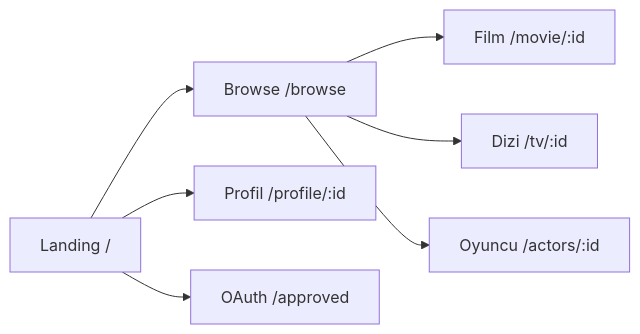
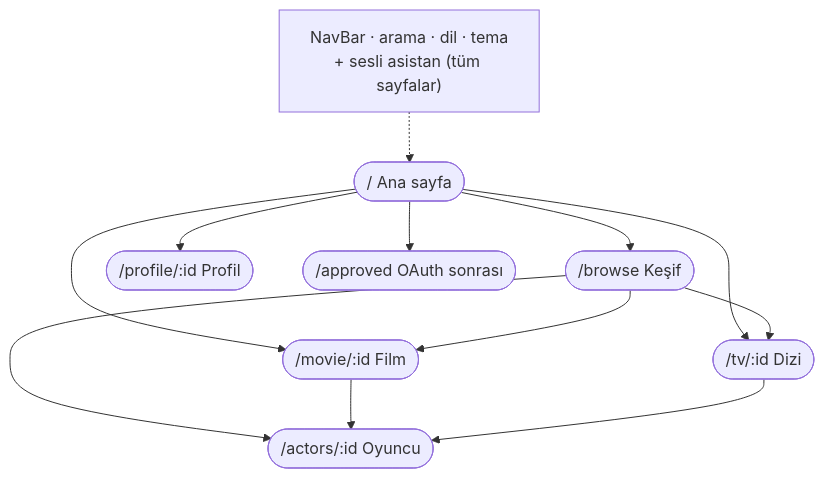
One commit to ozcan-kutlu/CineOrbit changed the diagram in README.md. Above: the diagram before and after it, drawn with Mermaid.

Commit message:
docs(readme): revise app flow diagram to user journey

````diff
--- a/README.md
+++ b/README.md
@@ -38,9 +38,17 @@
 ```mermaid
-flowchart LR
-  A[Landing /] --> B[Browse /browse]
-  B --> C[Film /movie/:id]
-  B --> D[Dizi /tv/:id]
-  B --> E[Oyuncu /actors/:id]
-  A --> F[Profil /profile/:id]
-  A --> G[OAuth /approved]
+flowchart TB
+  UI["NavBar · arama · dil · tema<br/>+ sesli asistan (tüm sayfalar)"]
+  UI -.-> Ana
+
+  Ana(["/ Ana sayfa"]) --> Keşif(["/browse Keşif"])
+  Ana --> Film(["/movie/:id Film"])
+  Ana --> Dizi(["/tv/:id Dizi"])
+  Ana --> Profil(["/profile/:id Profil"])
+  Ana --> Onay(["/approved OAuth sonrası"])
+
+  Keşif --> Film
+  Keşif --> Dizi
+  Keşif --> Oyuncu(["/actors/:id Oyuncu"])
+  Film --> Oyuncu
+  Dizi --> Oyuncu
 ```
````
